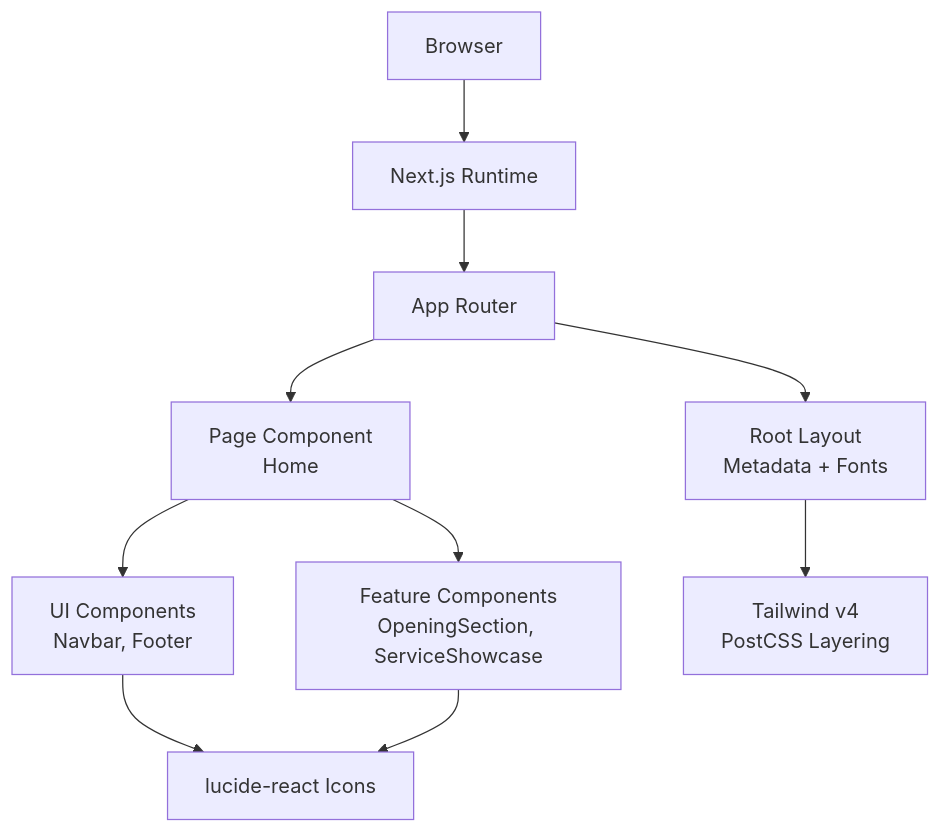
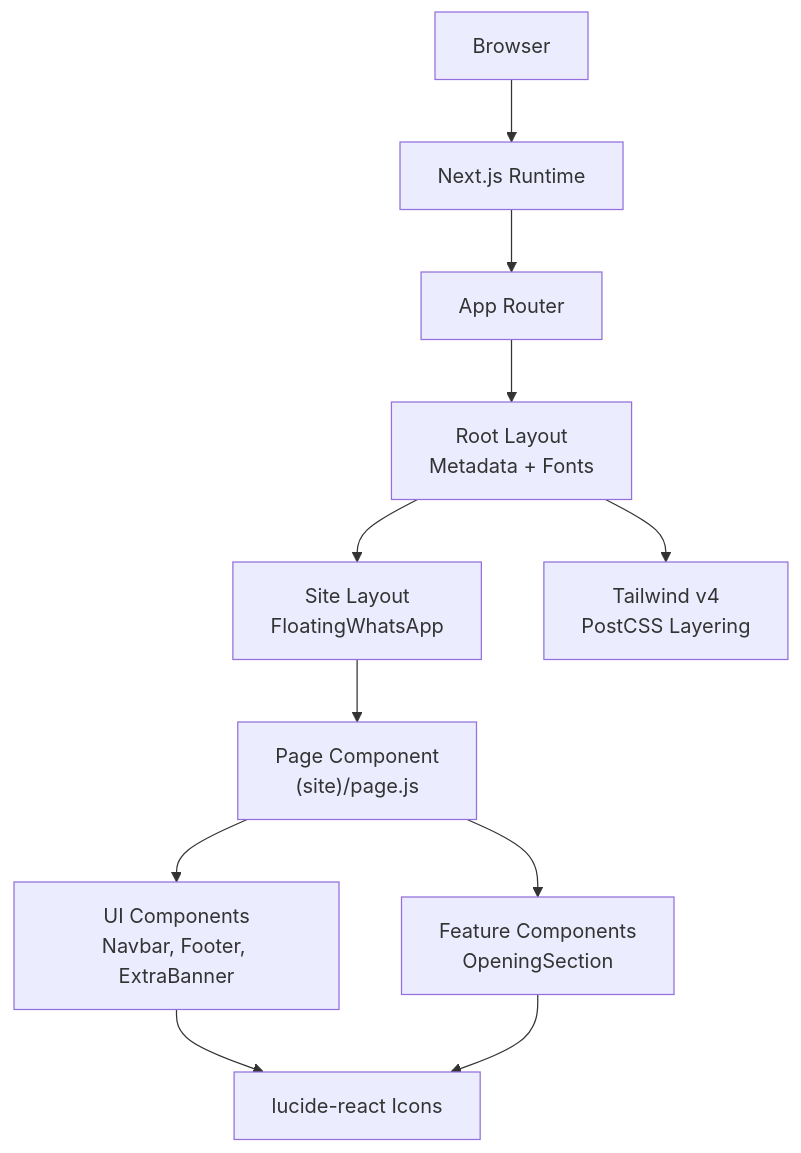
One commit to algorithmsEvolve/momentoclient-fe changed the second of 10 diagrams in docs/en/content/Technology Stack & Dependencies.md. Above: the diagram before and after it, drawn with Mermaid. The commit also changed other lines of this file and 14 other files, not shown here.

````diff
--- a/docs/en/content/Technology Stack & Dependencies.md
+++ b/docs/en/content/Technology Stack & Dependencies.md
@@ -120,21 +124,23 @@
 ```mermaid
 graph TB
 CLIENT["Browser"]
 NEXT["Next.js Runtime"]
 ROUTER["App Router"]
 LAYOUT["Root Layout<br/>Metadata + Fonts"]
-PAGE["Page Component<br/>Home"]
-UI["UI Components<br/>Navbar, Footer"]
-FEATURES["Feature Components<br/>OpeningSection, ServiceShowcase"]
+SITELAYOUT["Site Layout<br/>FloatingWhatsApp"]
+PAGE["Page Component<br/>(site)/page.js"]
+UI["UI Components<br/>Navbar, Footer, ExtraBanner"]
+FEATURES["Feature Components<br/>OpeningSection"]
 TAILWIND["Tailwind v4<br/>PostCSS Layering"]
 ICONS["lucide-react Icons"]
 CLIENT --> NEXT
 NEXT --> ROUTER
 ROUTER --> LAYOUT
-ROUTER --> PAGE
+LAYOUT --> SITELAYOUT
+SITELAYOUT --> PAGE
 PAGE --> UI
 PAGE --> FEATURES
 LAYOUT --> TAILWIND
 UI --> ICONS
 FEATURES --> ICONS
 ```
````
